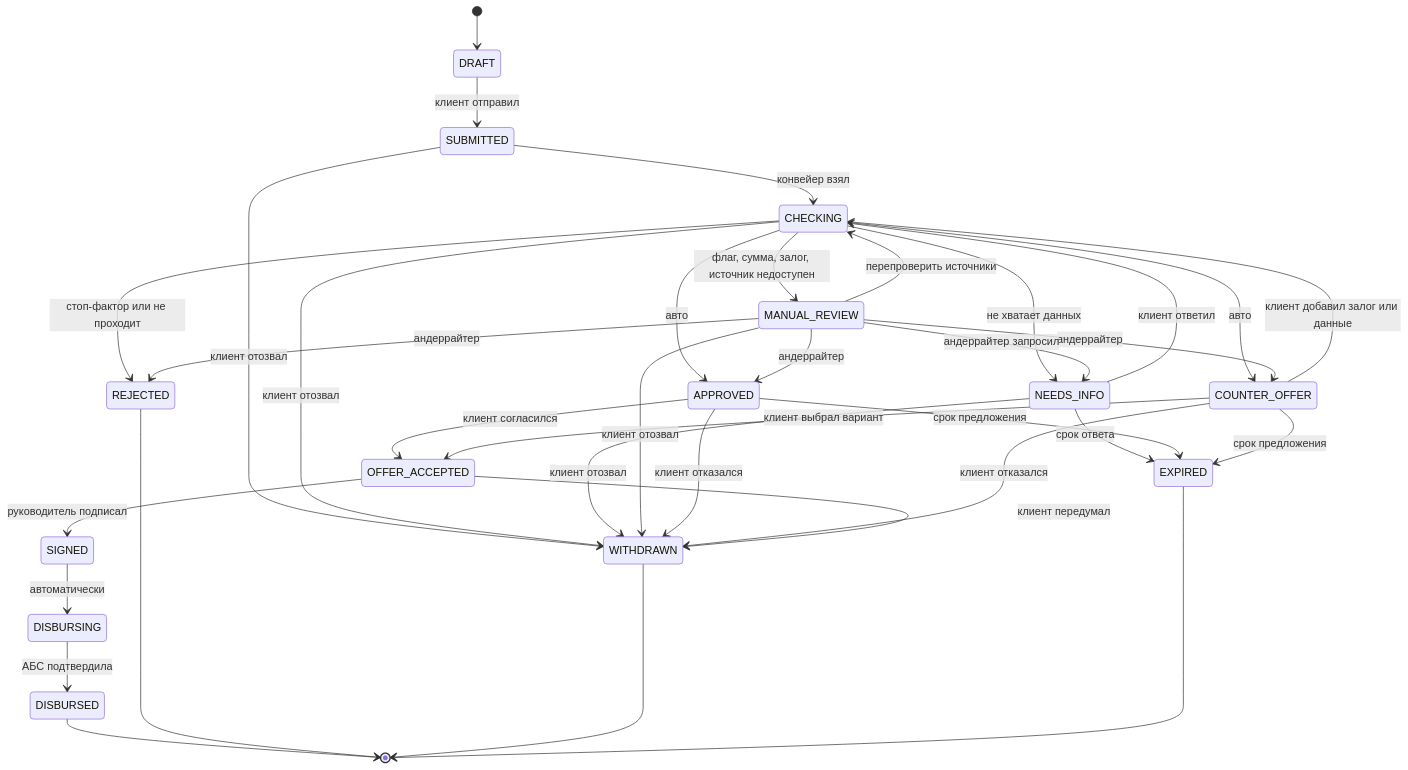
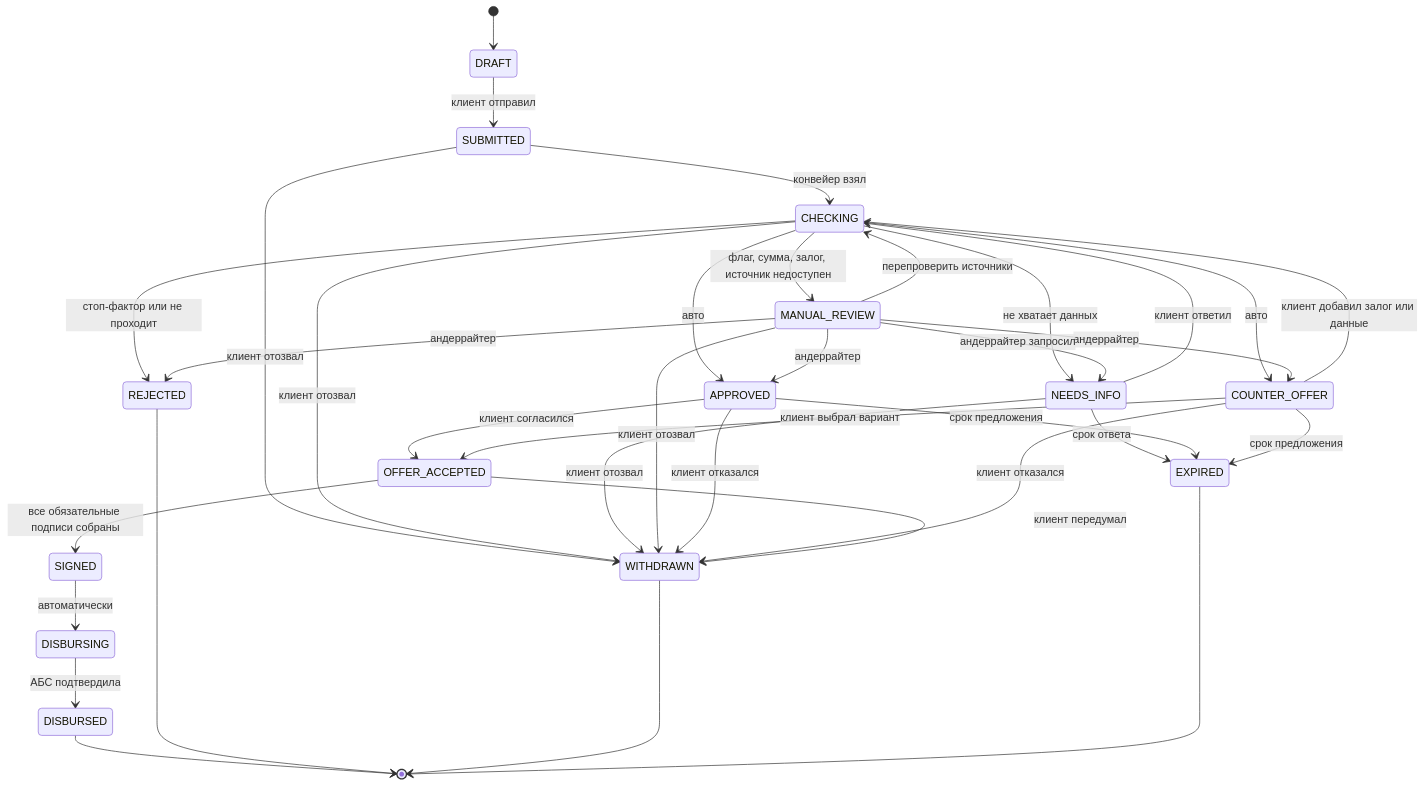
One commit to kirillmitlow/smart-credit-cabinet changed the diagram in docs/plan/20-process/02-application-states.md. Above: the diagram before and after it, drawn with Mermaid. The commit also changed other lines of this file and 27 other files, not shown here.

````diff
--- a/docs/plan/20-process/02-application-states.md
+++ b/docs/plan/20-process/02-application-states.md
@@ -33,37 +33,37 @@
 ```mermaid
 stateDiagram-v2
     [*] --> DRAFT
     DRAFT --> SUBMITTED: клиент отправил
     SUBMITTED --> CHECKING: конвейер взял
     CHECKING --> NEEDS_INFO: не хватает данных
     CHECKING --> MANUAL_REVIEW: флаг, сумма, залог, источник недоступен
     CHECKING --> APPROVED: авто
     CHECKING --> COUNTER_OFFER: авто
     CHECKING --> REJECTED: стоп-фактор или не проходит
     NEEDS_INFO --> CHECKING: клиент ответил
     MANUAL_REVIEW --> APPROVED: андеррайтер
     MANUAL_REVIEW --> COUNTER_OFFER: андеррайтер
     MANUAL_REVIEW --> REJECTED: андеррайтер
     MANUAL_REVIEW --> NEEDS_INFO: андеррайтер запросил
     MANUAL_REVIEW --> CHECKING: перепроверить источники
     APPROVED --> OFFER_ACCEPTED: клиент согласился
     COUNTER_OFFER --> OFFER_ACCEPTED: клиент выбрал вариант
     COUNTER_OFFER --> CHECKING: клиент добавил залог или данные
-    OFFER_ACCEPTED --> SIGNED: руководитель подписал
+    OFFER_ACCEPTED --> SIGNED: все обязательные подписи собраны
     SIGNED --> DISBURSING: автоматически
     DISBURSING --> DISBURSED: АБС подтвердила
     SUBMITTED --> WITHDRAWN: клиент отозвал
     CHECKING --> WITHDRAWN: клиент отозвал
     NEEDS_INFO --> WITHDRAWN: клиент отозвал
     MANUAL_REVIEW --> WITHDRAWN: клиент отозвал
     APPROVED --> WITHDRAWN: клиент отказался
     COUNTER_OFFER --> WITHDRAWN: клиент отказался
     OFFER_ACCEPTED --> WITHDRAWN: клиент передумал
     NEEDS_INFO --> EXPIRED: срок ответа
     APPROVED --> EXPIRED: срок предложения
     COUNTER_OFFER --> EXPIRED: срок предложения
     DISBURSED --> [*]
     REJECTED --> [*]
     WITHDRAWN --> [*]
     EXPIRED --> [*]
 ```
````
